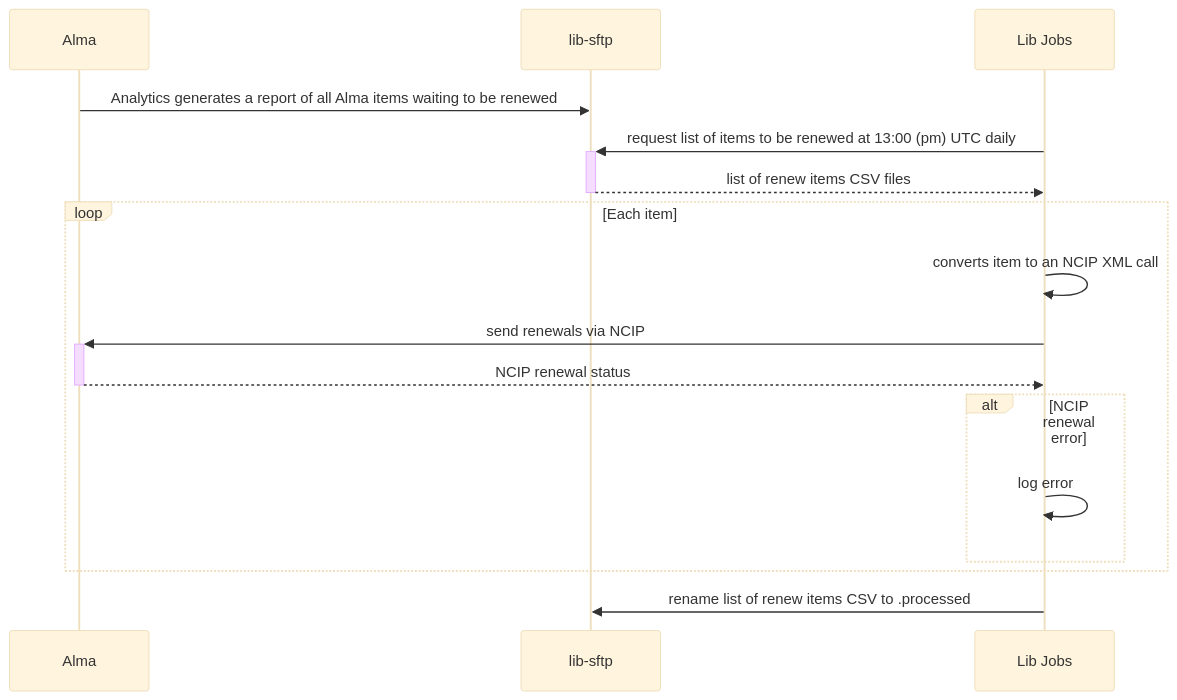
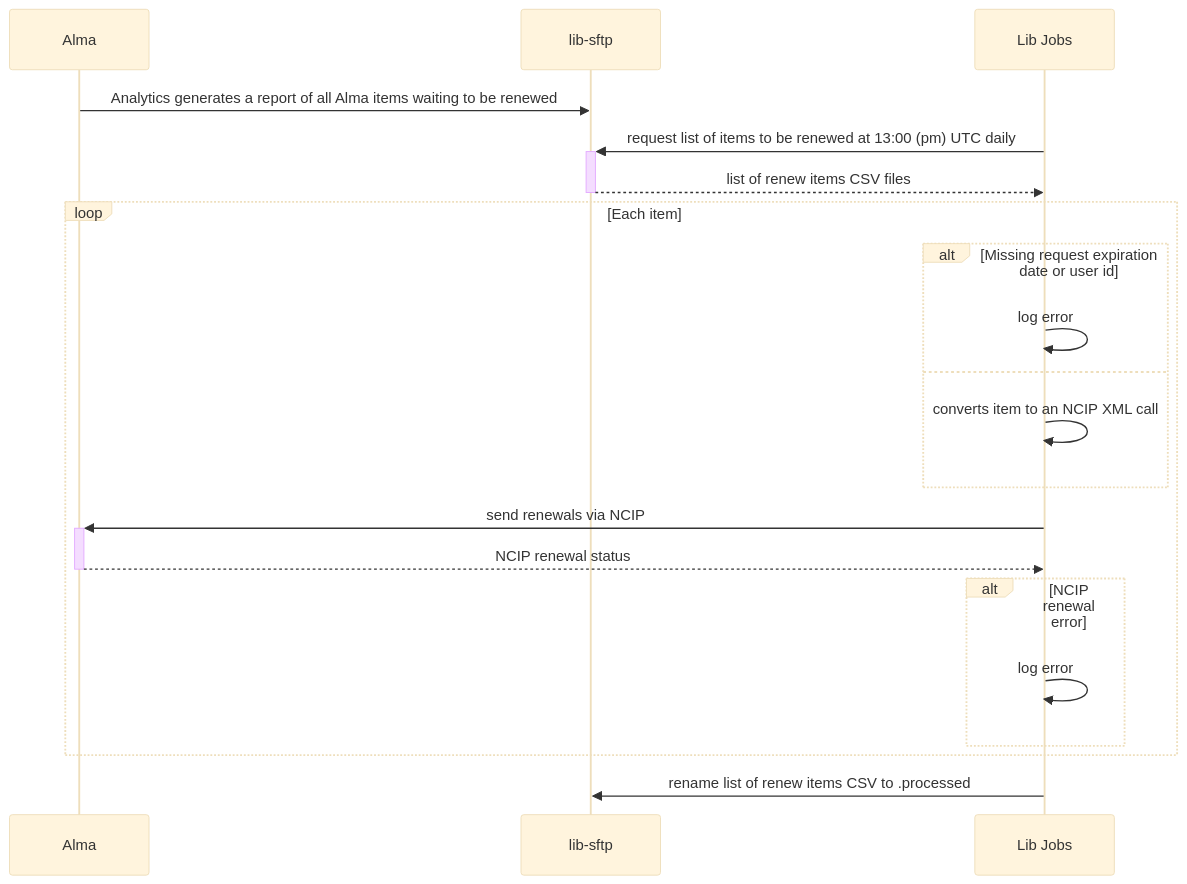
One commit to pulibrary/lib_jobs changed the diagram in docs/alma_renew/README.md. Above: the diagram before and after it, drawn with Mermaid (base theme).

Commit message:
Update documentation along with code

````diff
--- a/docs/alma_renew/README.md
+++ b/docs/alma_renew/README.md
@@ -7,15 +7,19 @@
 ```mermaid
 sequenceDiagram
     Alma->>lib-sftp: Analytics generates a report of all Alma items waiting to be renewed
     Lib Jobs->>+lib-sftp: request list of items to be renewed at 13:00 (pm) UTC daily
     lib-sftp-->>-Lib Jobs: list of renew items CSV files
     loop Each item
-      Lib Jobs->>Lib Jobs: converts item to an NCIP XML call
+      alt Missing request expiration date or user id
+        Lib Jobs->>Lib Jobs: log error
+      else
+        Lib Jobs->>Lib Jobs: converts item to an NCIP XML call
+      end
       Lib Jobs->>+Alma: send renewals via NCIP
       Alma-->>-Lib Jobs: NCIP renewal status
       alt NCIP renewal error
         Lib Jobs->>Lib Jobs: log error      
       end
     end
     Lib Jobs->>lib-sftp: rename list of renew items CSV to .processed
 ```
````
